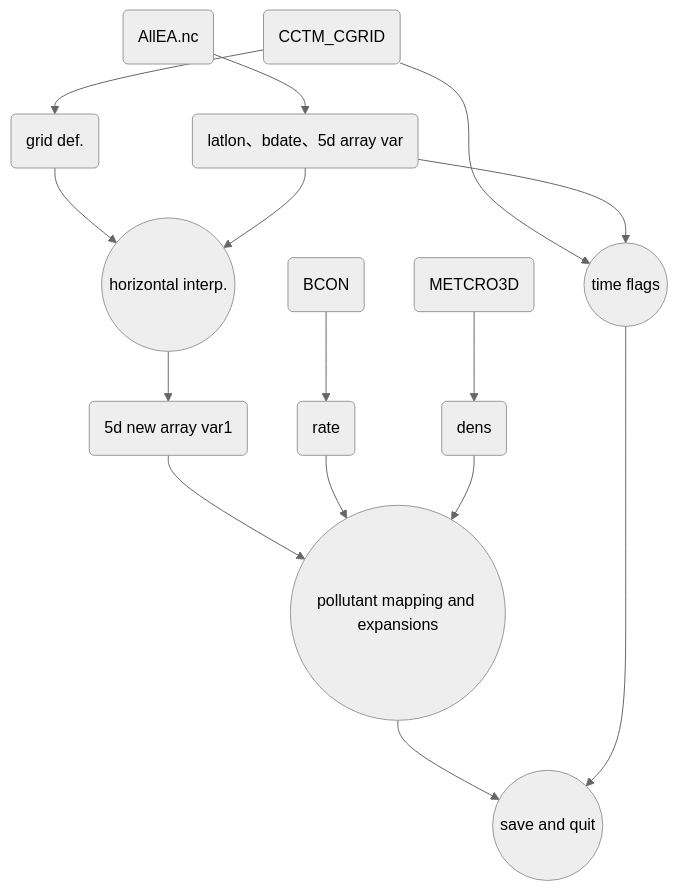
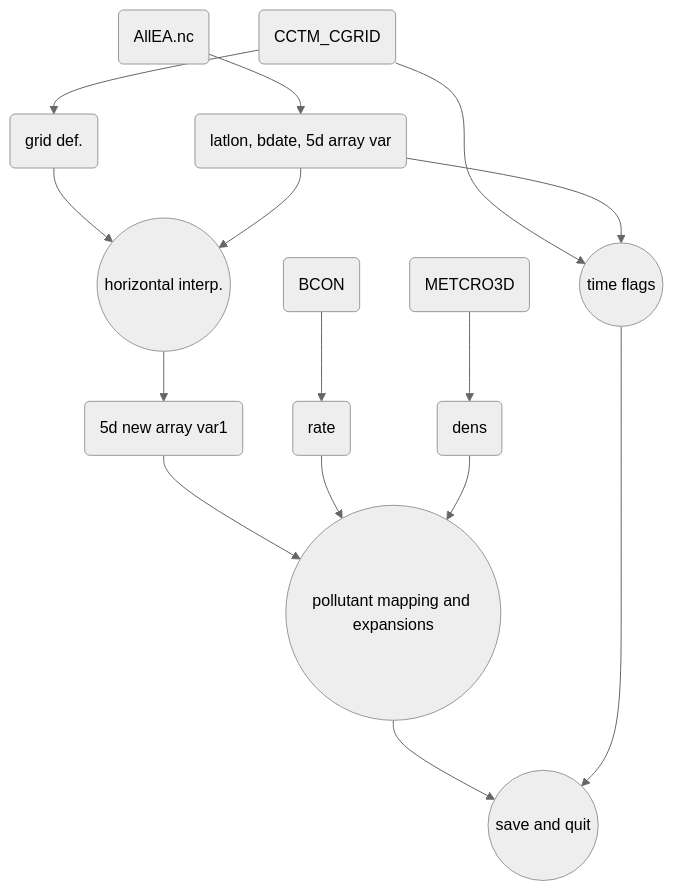
The diagram in _posts/2022-08-16-CAMS_ic.md (sinotec2/FAQ), drawn with Mermaid (neutral theme) before and after one commit.

````diff
--- a/_posts/2022-08-16-CAMS_ic.md
+++ b/_posts/2022-08-16-CAMS_ic.md
@@ -125,17 +125,17 @@
 ```mermaid
 graph TD
-    A(AllEA.nc) --> B(latlon、bdate、5d array var)
+    A(AllEA.nc) --> B(latlon, bdate, 5d array var)
     C(BCON) --> D(rate)
     E(METCRO3D) --> F(dens)
     G(CCTM_CGRID) --> H(grid def.)
     G --> I((time flags))
     B --> I
     H --> J((horizontal interp.))
     B --> J
     J --> K(5d new array var1)
     K --> L((pollutant mapping and expansions))
     D --> L
     F --> L
     L --> M((save and quit))
     I --> M 
 ```
````
